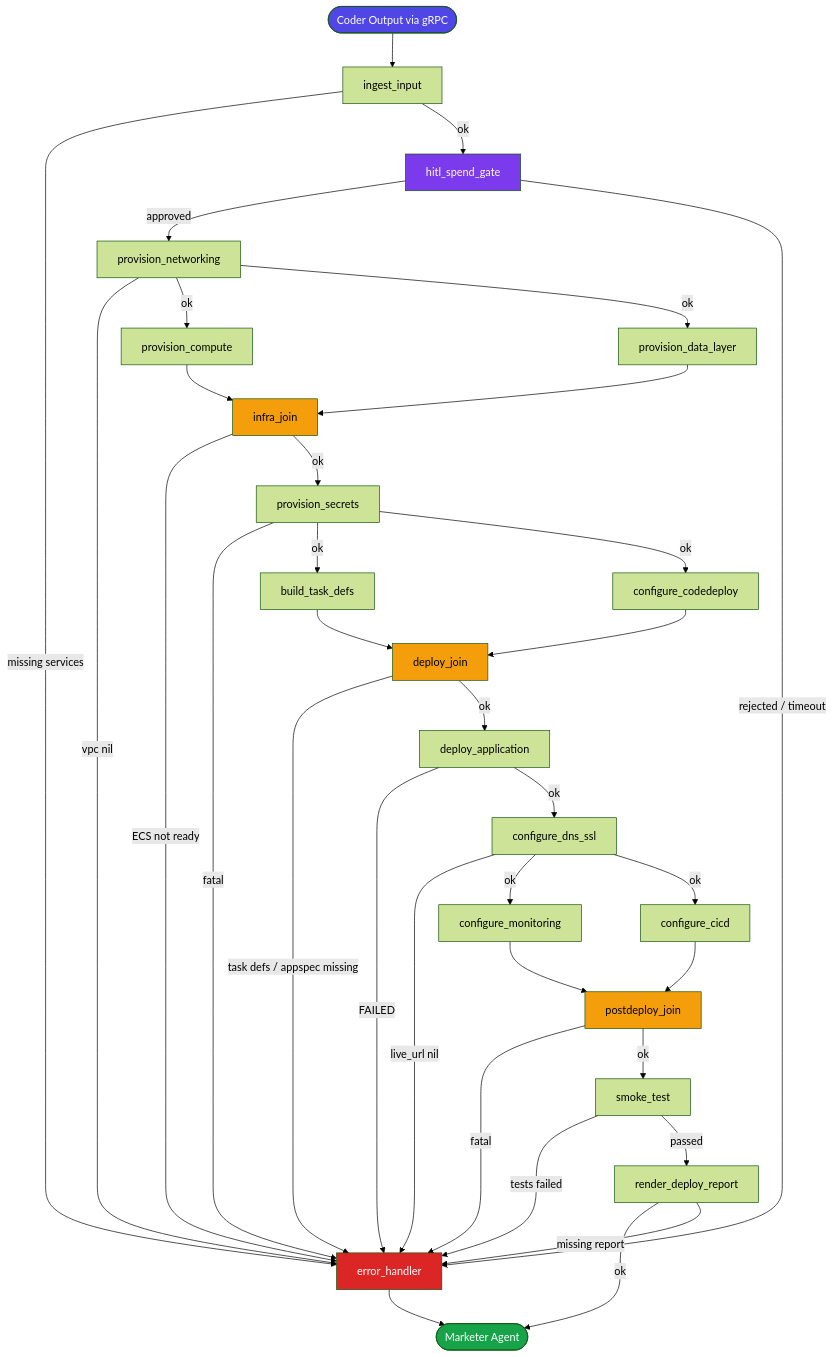
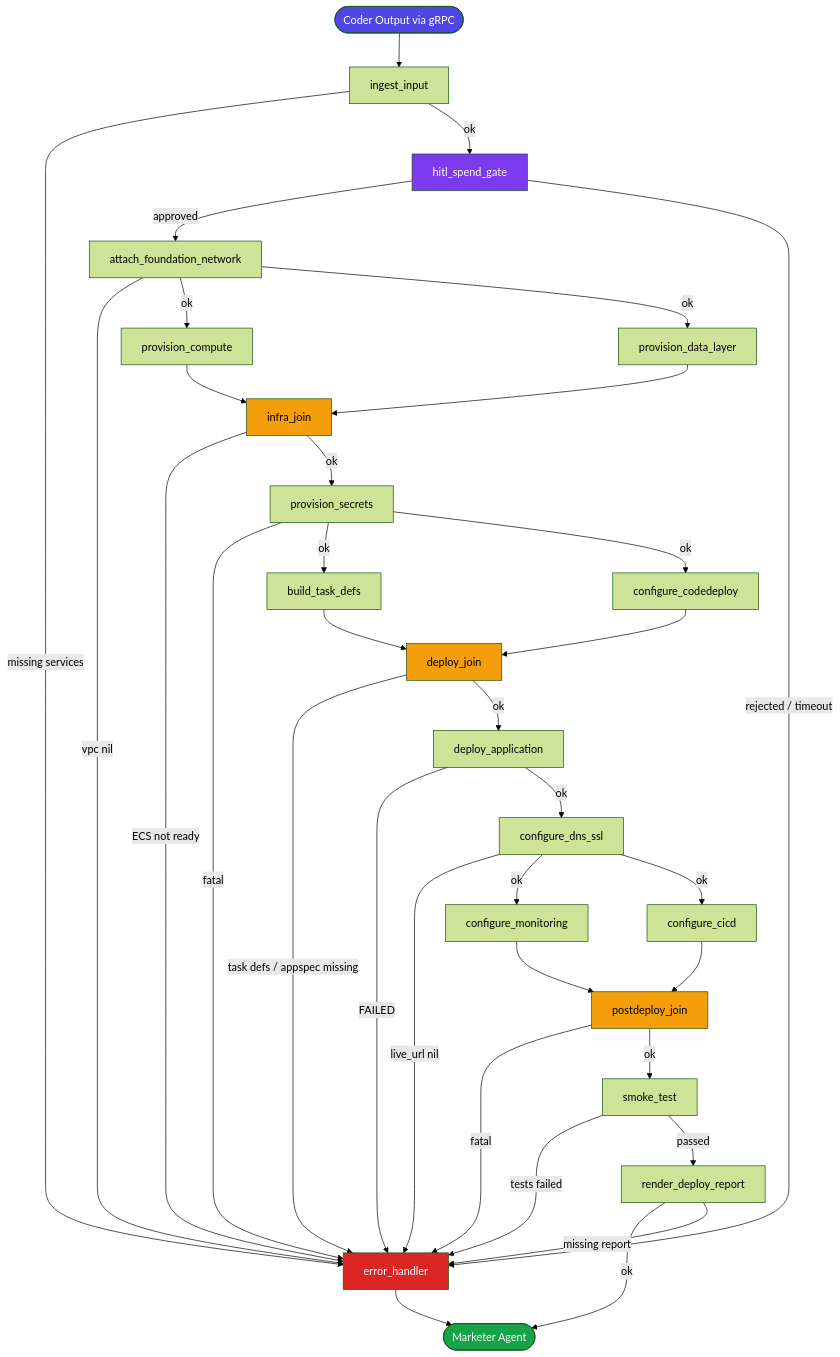
One commit to kaushraj1/AutoFounder changed the first of 5 diagrams in docs/architecture/Agents-Architecture/devops-agent.md. Above: the diagram before and after it, drawn with Mermaid (forest theme). The commit also changed other lines of this file and 5 other files, not shown here.

````diff
--- a/docs/architecture/Agents-Architecture/devops-agent.md
+++ b/docs/architecture/Agents-Architecture/devops-agent.md
@@ -732,56 +732,56 @@
 ```mermaid
 flowchart TD
     START([Coder Output via gRPC]) --> ingest_input
 
     ingest_input -->|missing services| error_handler
     ingest_input -->|ok| hitl_spend_gate
 
-    hitl_spend_gate -->|approved| provision_networking
+    hitl_spend_gate -->|approved| attach_foundation_network
     hitl_spend_gate -->|rejected / timeout| error_handler
 
-    provision_networking -->|vpc nil| error_handler
-    provision_networking -->|ok| provision_compute & provision_data_layer
+    attach_foundation_network -->|vpc nil| error_handler
+    attach_foundation_network -->|ok| provision_compute & provision_data_layer
 
     provision_compute    --> infra_join
     provision_data_layer --> infra_join
 
     infra_join -->|ECS not ready| error_handler
     infra_join -->|ok| provision_secrets
 
     provision_secrets -->|fatal| error_handler
     provision_secrets -->|ok| build_task_defs & configure_codedeploy
 
     build_task_defs      --> deploy_join
     configure_codedeploy --> deploy_join
 
     deploy_join -->|task defs / appspec missing| error_handler
     deploy_join -->|ok| deploy_application
 
     deploy_application -->|FAILED| error_handler
     deploy_application -->|ok| configure_dns_ssl
 
     configure_dns_ssl -->|live_url nil| error_handler
     configure_dns_ssl -->|ok| configure_monitoring & configure_cicd
 
     configure_monitoring --> postdeploy_join
     configure_cicd       --> postdeploy_join
 
     postdeploy_join -->|fatal| error_handler
     postdeploy_join -->|ok| smoke_test
 
     smoke_test -->|tests failed| error_handler
     smoke_test -->|passed| render_deploy_report
 
     render_deploy_report -->|ok| END([Marketer Agent])
     render_deploy_report -->|missing report| error_handler
 
     error_handler --> END
 
     style START           fill:#4f46e5,color:#fff
     style END             fill:#16a34a,color:#fff
     style error_handler   fill:#dc2626,color:#fff
     style hitl_spend_gate fill:#7c3aed,color:#fff
     style infra_join      fill:#f59e0b,color:#000
     style deploy_join     fill:#f59e0b,color:#000
     style postdeploy_join fill:#f59e0b,color:#000
 ```
````
